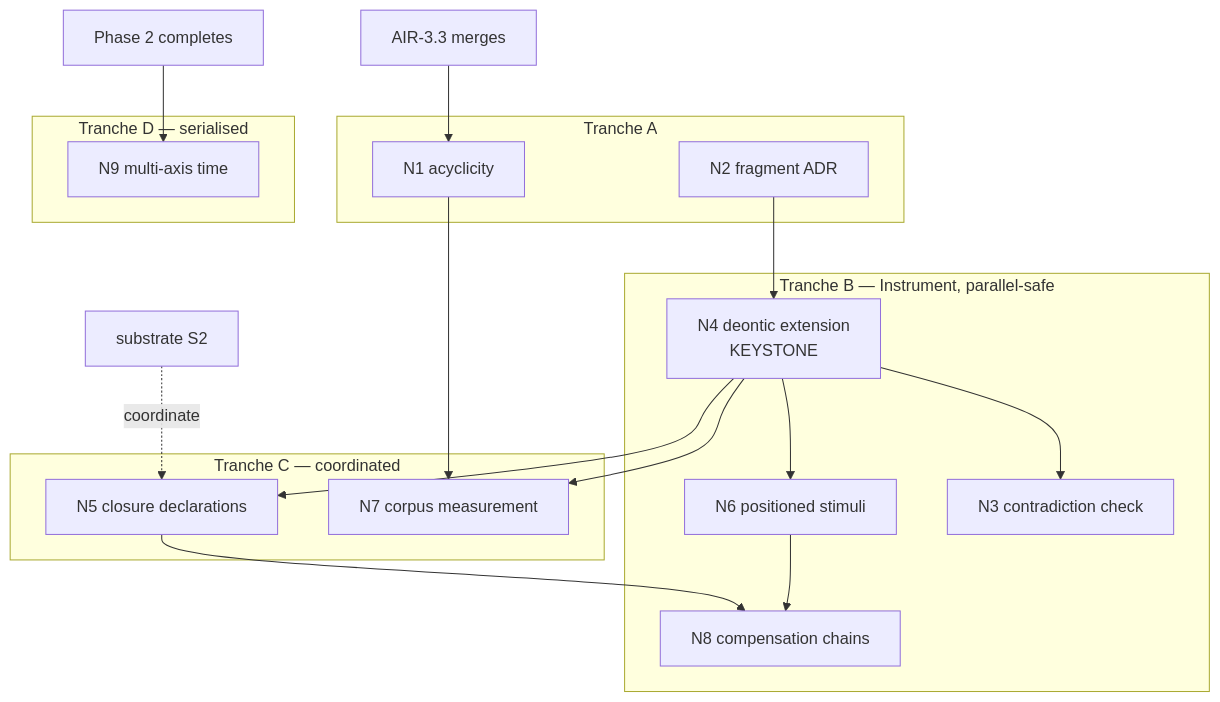
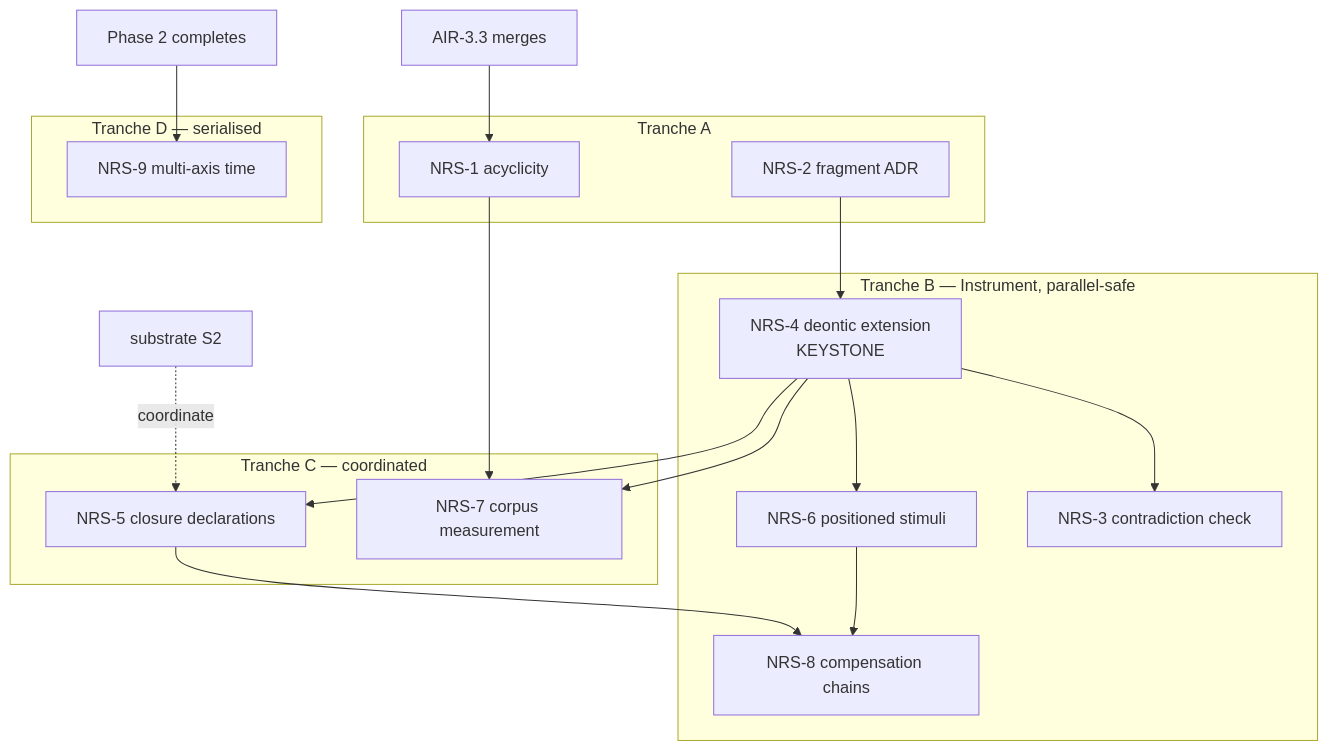
One commit to nebularis/lattice changed the diagram in docs/developer/plans/normative-rule-substrate.md. Above: the diagram before and after it, drawn with Mermaid. The commit also changed other lines of this file and 422 other files, not shown here.

````diff
--- a/docs/developer/plans/normative-rule-substrate.md
+++ b/docs/developer/plans/normative-rule-substrate.md
@@ -452,31 +453,31 @@
 ```mermaid
 flowchart TB
     subgraph TA["Tranche A"]
-        N2["N2 fragment ADR"]
-        N1["N1 acyclicity"]
+        NRS-2["NRS-2 fragment ADR"]
+        NRS-1["NRS-1 acyclicity"]
     end
     subgraph TB["Tranche B — Instrument, parallel-safe"]
-        N4["N4 deontic extension<br/>KEYSTONE"]
-        N6["N6 positioned stimuli"]
-        N3["N3 contradiction check"]
-        N8["N8 compensation chains"]
+        NRS-4["NRS-4 deontic extension<br/>KEYSTONE"]
+        NRS-6["NRS-6 positioned stimuli"]
+        NRS-3["NRS-3 contradiction check"]
+        NRS-8["NRS-8 compensation chains"]
     end
     subgraph TC["Tranche C — coordinated"]
-        N5["N5 closure declarations"]
-        N7["N7 corpus measurement"]
+        NRS-5["NRS-5 closure declarations"]
+        NRS-7["NRS-7 corpus measurement"]
     end
     subgraph TD["Tranche D — serialised"]
-        N9["N9 multi-axis time"]
+        NRS-9["NRS-9 multi-axis time"]
     end
-    AIR33["AIR-3.3 merges"] --> N1
-    S2["substrate S2"] -.coordinate.-> N5
-    P2["Phase 2 completes"] --> N9
-    N2 --> N4
-    N4 --> N3
-    N4 --> N6
-    N4 --> N5
-    N5 --> N8
-    N6 --> N8
-    N4 --> N7
-    N1 --> N7
+    AIR33["AIR-3.3 merges"] --> NRS-1
+    S2["substrate S2"] -.coordinate.-> NRS-5
+    P2["Phase 2 completes"] --> NRS-9
+    NRS-2 --> NRS-4
+    NRS-4 --> NRS-3
+    NRS-4 --> NRS-6
+    NRS-4 --> NRS-5
+    NRS-5 --> NRS-8
+    NRS-6 --> NRS-8
+    NRS-4 --> NRS-7
+    NRS-1 --> NRS-7
 ```
````
